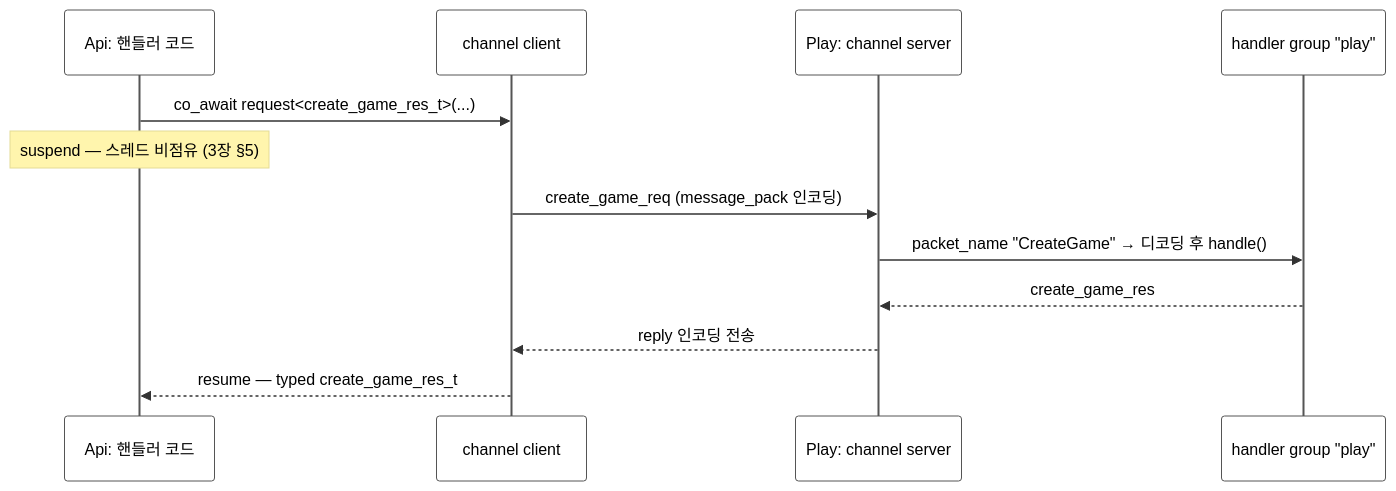
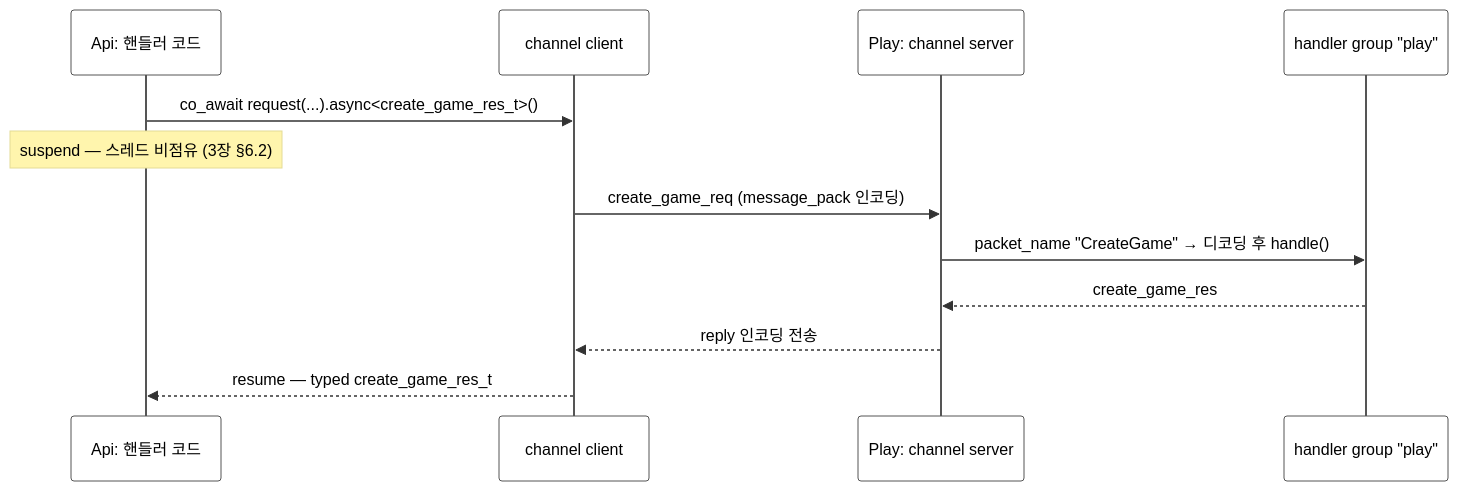
Before and after one commit to kairos-code-dev/zlink: the second of 4 diagrams in framework/languages/cpp/doc/guide/07-channel-messaging.ko.md, drawn with Mermaid. The commit also changed other lines of this file and 32 other files, not shown here.

````diff
--- a/framework/languages/cpp/doc/guide/07-channel-messaging.ko.md
+++ b/framework/languages/cpp/doc/guide/07-channel-messaging.ko.md
@@ -128,16 +138,16 @@
 ```mermaid
 %%{init: {'theme': 'base', 'themeVariables': {'signalTextColor': '#000000', 'actorTextColor': '#000000', 'noteTextColor': '#000000', 'actorBkg': '#ffffff', 'actorBorder': '#555555', 'activationBorderColor': '#555555'}}}%%
 sequenceDiagram
     participant App as Api: 핸들러 코드
     participant CC as channel client
     participant PS as Play: channel server
     participant H as handler group "play"
 
-    App->>CC: co_await request<create_game_res_t>(...)
-    Note over App: suspend — 스레드 비점유 (3장 §5)
+    App->>CC: co_await request(...).async<create_game_res_t>()
+    Note over App: suspend — 스레드 비점유 (3장 §6.2)
     CC->>PS: create_game_req (message_pack 인코딩)
     PS->>H: packet_name "CreateGame" → 디코딩 후 handle()
     H-->>PS: create_game_res
     PS-->>CC: reply 인코딩 전송
     CC-->>App: resume — typed create_game_res_t
 ```
````
